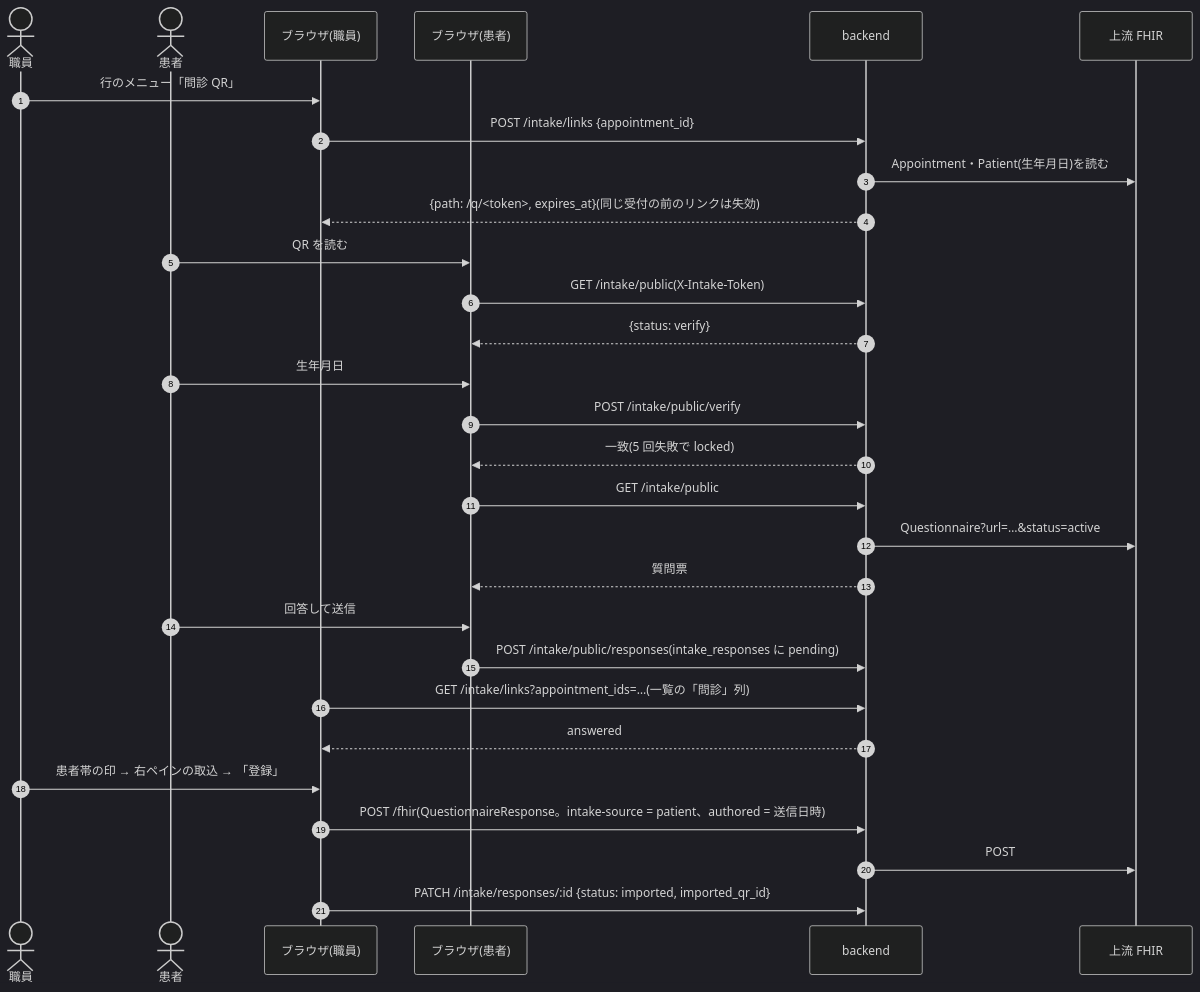
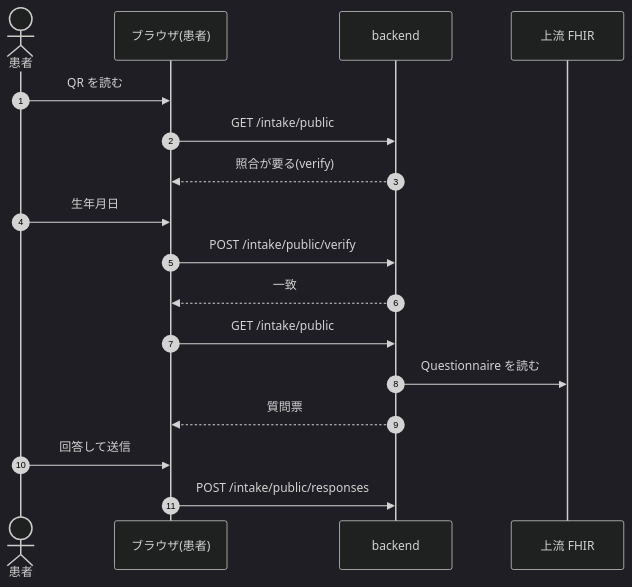
Before and after one commit to ysnr-dev/fhir-client-docs: the sixth of 11 diagrams in docs/dev/outpatient.md, drawn with Mermaid (dark theme). The commit also changed other lines of this file and 43 other files, not shown here.

Commit message:
docs: 業務フローとシーケンス図を写し直し

````diff
--- a/docs/dev/outpatient.md
+++ b/docs/dev/outpatient.md
@@ -106,32 +247,20 @@
 ```mermaid
 sequenceDiagram
   autonumber
-  actor St as 職員
   actor Pt as 患者
-  participant UI as ブラウザ(職員)
   participant PUI as ブラウザ(患者)
   participant BE as backend
   participant FHIR as 上流 FHIR
 
-  St->>UI: 行のメニュー「問診 QR」
-  UI->>BE: POST /intake/links {appointment_id}
-  BE->>FHIR: Appointment・Patient(生年月日)を読む
-  BE-->>UI: {path: /q/<token>, expires_at}(同じ受付の前のリンクは失効)
   Pt->>PUI: QR を読む
-  PUI->>BE: GET /intake/public(X-Intake-Token)
-  BE-->>PUI: {status: verify}
+  PUI->>BE: GET /intake/public
+  BE-->>PUI: 照合が要る(verify)
   Pt->>PUI: 生年月日
   PUI->>BE: POST /intake/public/verify
-  BE-->>PUI: 一致(5 回失敗で locked)
+  BE-->>PUI: 一致
   PUI->>BE: GET /intake/public
-  BE->>FHIR: Questionnaire?url=…&status=active
+  BE->>FHIR: Questionnaire を読む
   BE-->>PUI: 質問票
   Pt->>PUI: 回答して送信
-  PUI->>BE: POST /intake/public/responses(intake_responses に pending)
-  UI->>BE: GET /intake/links?appointment_ids=…(一覧の「問診」列)
-  BE-->>UI: answered
-  St->>UI: 患者帯の印 → 右ペインの取込 → 「登録」
-  UI->>BE: POST /fhir(QuestionnaireResponse。intake-source = patient、authored = 送信日時)
-  BE->>FHIR: POST
-  UI->>BE: PATCH /intake/responses/:id {status: imported, imported_qr_id}
+  PUI->>BE: POST /intake/public/responses
 ```
````
